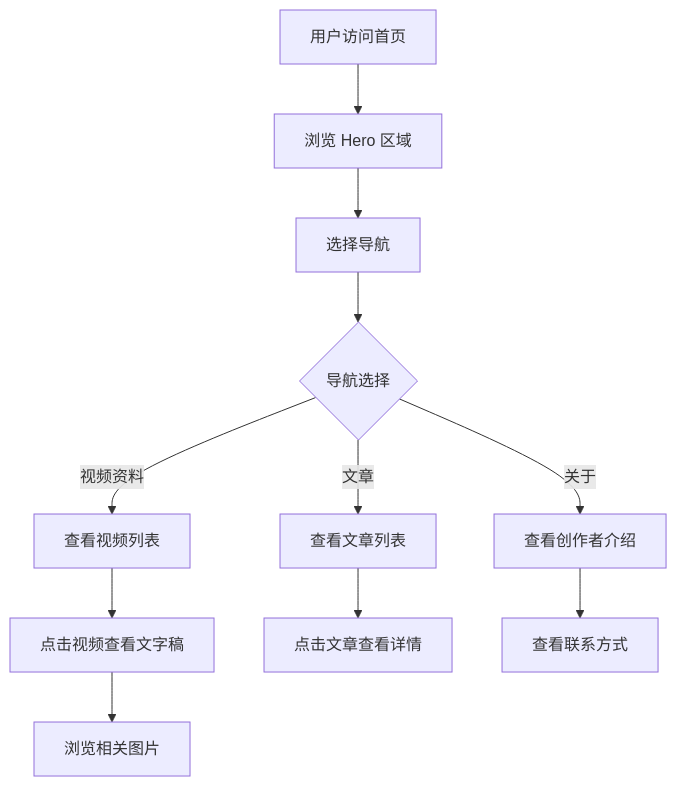
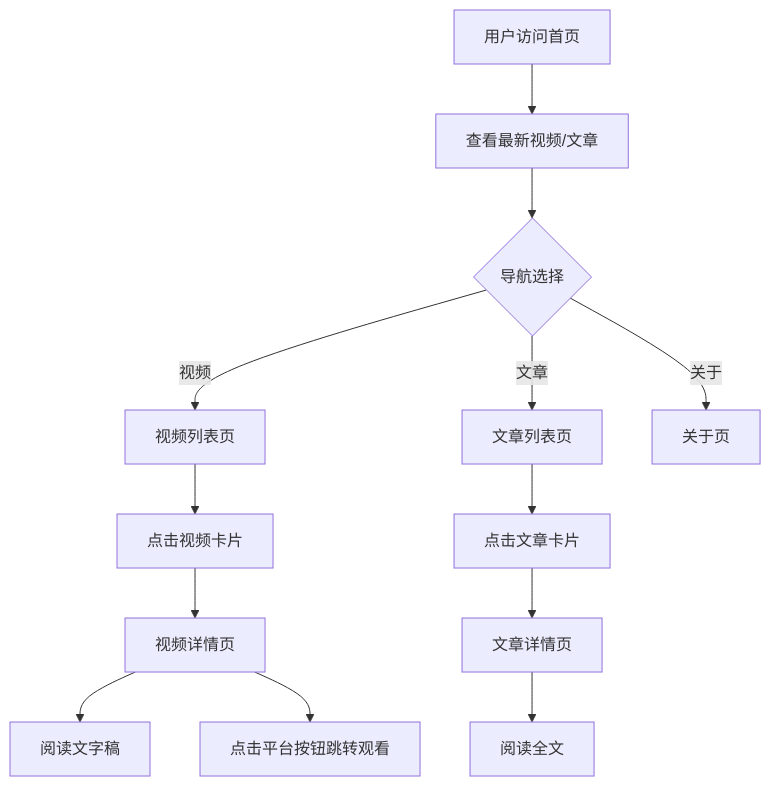
One commit to Asterial0306/Asterial-Blog changed the diagram in .trae/documents/PRD.md. Above: the diagram before and after it, drawn with Mermaid. The commit also changed other lines of this file and 37 other files, not shown here.

````diff
--- a/.trae/documents/PRD.md
+++ b/.trae/documents/PRD.md
@@ -34,13 +96,15 @@
 ```mermaid
 flowchart TD
-    A["用户访问首页"] --> B["浏览 Hero 区域"]
-    B --> C["选择导航"]
-    C --> D{"导航选择"}
-    D -->|视频资料| E["查看视频列表"]
-    D -->|文章| F["查看文章列表"]
-    D -->|关于| G["查看创作者介绍"]
-    E --> H["点击视频查看文字稿"]
-    H --> I["浏览相关图片"]
-    F --> J["点击文章查看详情"]
-    G --> K["查看联系方式"]
+    A["用户访问首页"] --> B["查看最新视频/文章"]
+    B --> C{"导航选择"}
+    C -->|视频| D["视频列表页"]
+    C -->|文章| E["文章列表页"]
+    C -->|关于| F["关于页"]
+    D --> G["点击视频卡片"]
+    G --> H["视频详情页"]
+    H --> I["阅读文字稿"]
+    H --> J["点击平台按钮跳转观看"]
+    E --> K["点击文章卡片"]
+    K --> L["文章详情页"]
+    L --> M["阅读全文"]
 ```
````
